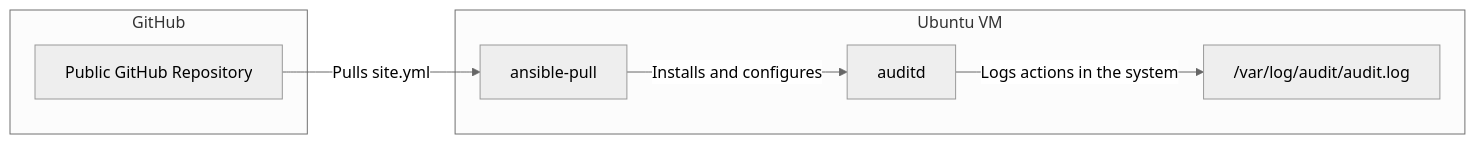
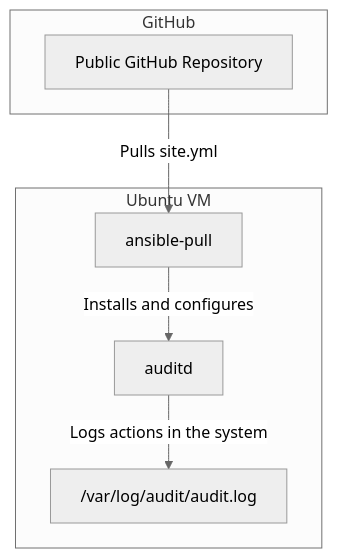
One commit to joseywatznauer/ansible-auditd-playbook changed the diagram in README.md. Above: the diagram before and after it, drawn with Mermaid (neutral theme). The commit also changed other lines of this file, not shown here.

````diff
--- a/README.md
+++ b/README.md
@@ -104,15 +104,15 @@
 ```mermaid
-flowchart LR
+flowchart TD
     subgraph GitHub
         Repo[Public GitHub Repository]
     end
 
     subgraph VM[Ubuntu VM]
         A[ansible-pull]
         B[auditd]
         C[ /var/log/audit/audit.log]
     end
 
     Repo -->|Pulls site.yml| A -->|Installs and configures| B -->|Logs actions in the system| C
 
 ```
````
